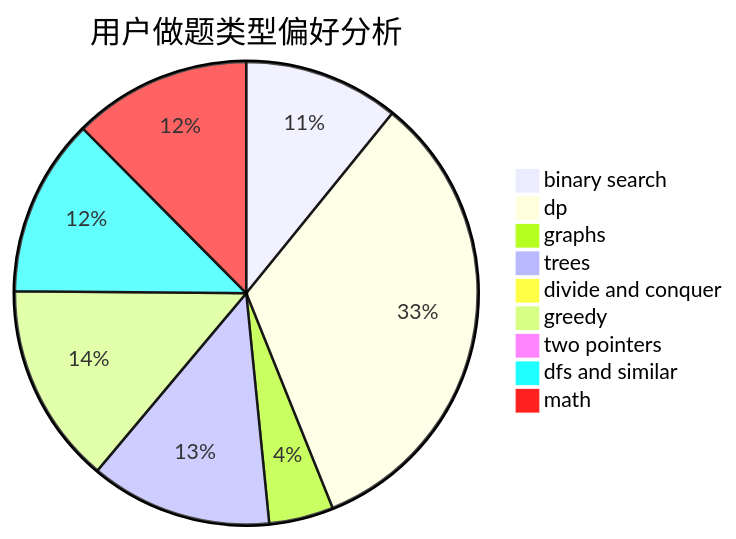
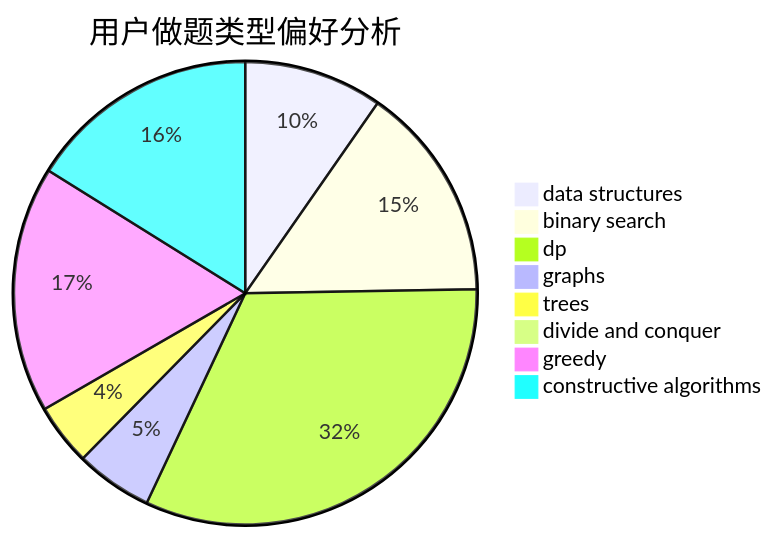
The second of 3 diagrams in docs/user/u2054.md (sherpahu/cfrs.github.io), drawn with Mermaid before and after one commit. The commit also changed other lines of this file and 2775 other files, not shown here.

````diff
--- a/docs/user/u2054.md
+++ b/docs/user/u2054.md
@@ -23,12 +23,11 @@
 ```mermaid
 pie title 用户做题类型偏好分析
-    "binary search" :  41
-    "dp" :  125
-    "graphs" :  17
-    "trees" :  48
+    "data structures" :  9
+    "binary search" :  14
+    "dp" :  30
+    "graphs" :  5
+    "trees" :  4
     "divide and conquer" :  0
-    "greedy" :  53
-    "two pointers" :  0
-    "dfs and similar" :  47
-    "math" :  47
+    "greedy" :  16
+    "constructive algorithms" :  15
 ```
````
